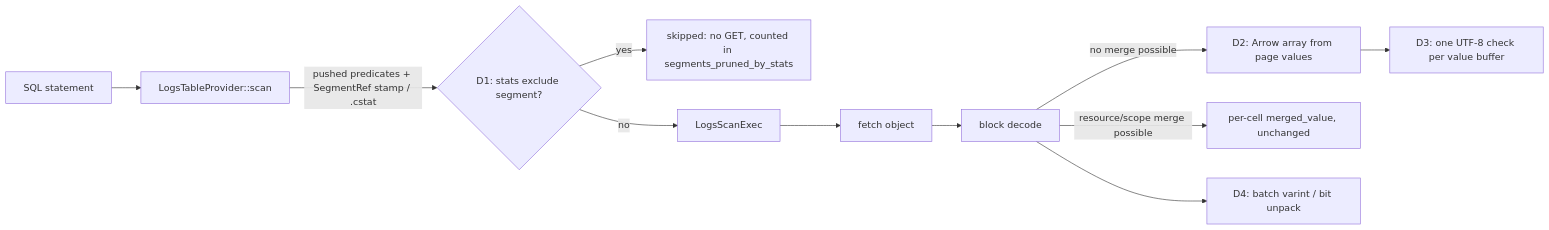
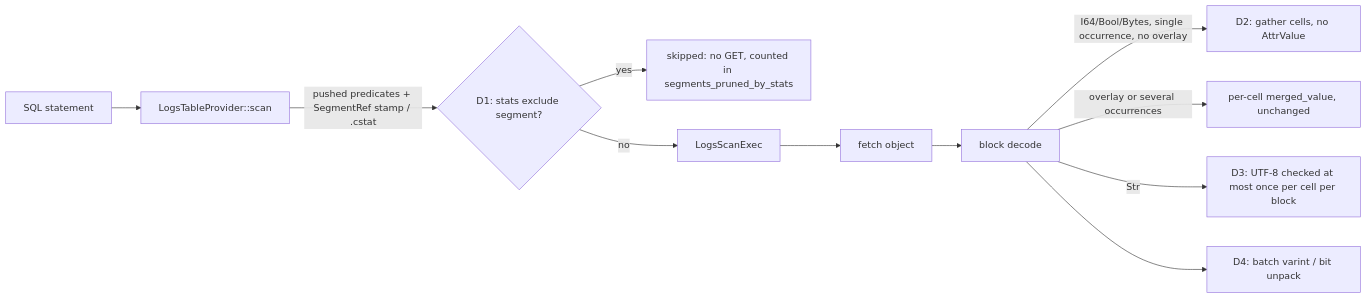
One commit to NOFireAI/ravel changed the diagram in docs/adrs/2121-rlog-hot-path-and-stats-pruning.md. Above: the diagram before and after it, drawn with Mermaid. The commit also changed other lines of this file and 1 other file, not shown here.

````diff
--- a/docs/adrs/2121-rlog-hot-path-and-stats-pruning.md
+++ b/docs/adrs/2121-rlog-hot-path-and-stats-pruning.md
@@ -251,13 +316,13 @@
 ```mermaid
 flowchart LR
   Q[SQL statement] --> P[LogsTableProvider::scan]
   P -->|pushed predicates + SegmentRef stamp / .cstat| D1{D1: stats exclude segment?}
   D1 -- yes --> SKIP[skipped: no GET, counted in segments_pruned_by_stats]
   D1 -- no --> S[LogsScanExec]
   S --> F[fetch object]
   F --> B[block decode]
-  B -->|no merge possible| D2[D2: Arrow array from page values]
-  B -->|resource/scope merge possible| OLD[per-cell merged_value, unchanged]
-  D2 --> D3[D3: one UTF-8 check per value buffer]
+  B -->|I64/Bool/Bytes, single occurrence, no overlay| D2[D2: gather cells, no AttrValue]
+  B -->|overlay or several occurrences| OLD[per-cell merged_value, unchanged]
+  B -->|Str| D3[D3: UTF-8 checked at most once per cell per block]
   B --> D4[D4: batch varint / bit unpack]
 ```
````
